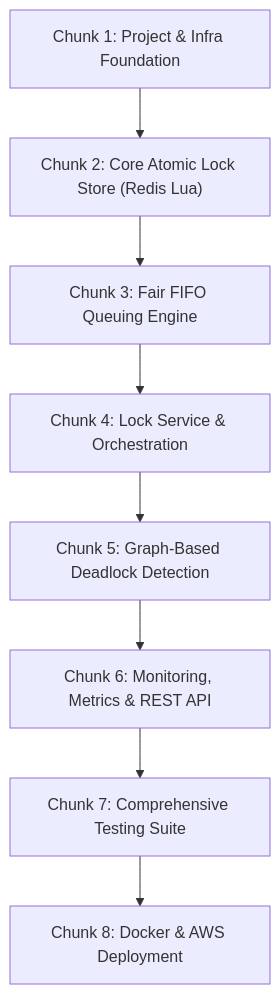
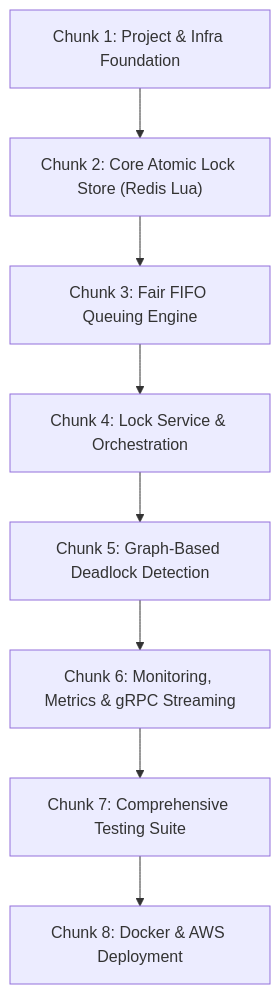
Before and after one commit to ankush788/DistributedLock: the diagram in ROADMAP.md, drawn with Mermaid. The commit also changed other lines of this file and 11 other files, not shown here.

````diff
--- a/ROADMAP.md
+++ b/ROADMAP.md
@@ -11,10 +11,10 @@
 ```mermaid
 flowchart TD
     C1["Chunk 1: Project & Infra Foundation"] --> C2["Chunk 2: Core Atomic Lock Store (Redis Lua)"]
     C2 --> C3["Chunk 3: Fair FIFO Queuing Engine"]
     C3 --> C4["Chunk 4: Lock Service & Orchestration"]
     C4 --> C5["Chunk 5: Graph-Based Deadlock Detection"]
-    C5 --> C6["Chunk 6: Monitoring, Metrics & REST API"]
+    C5 --> C6["Chunk 6: Monitoring, Metrics & gRPC Streaming"]
     C6 --> C7["Chunk 7: Comprehensive Testing Suite"]
     C7 --> C8["Chunk 8: Docker & AWS Deployment"]
 ```
````
